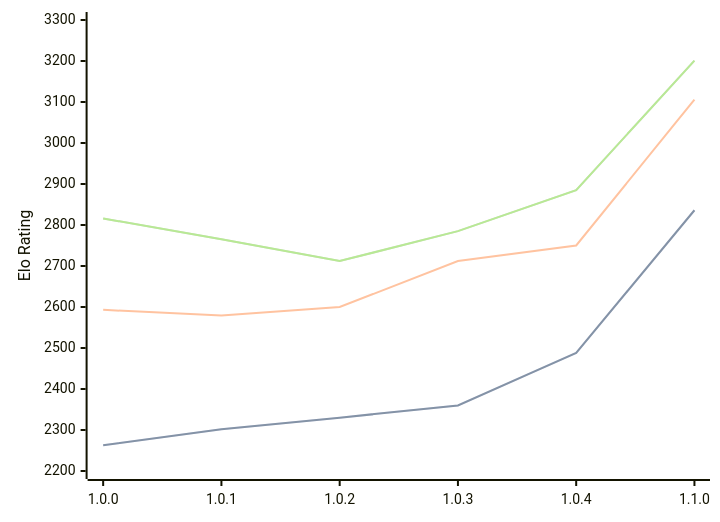
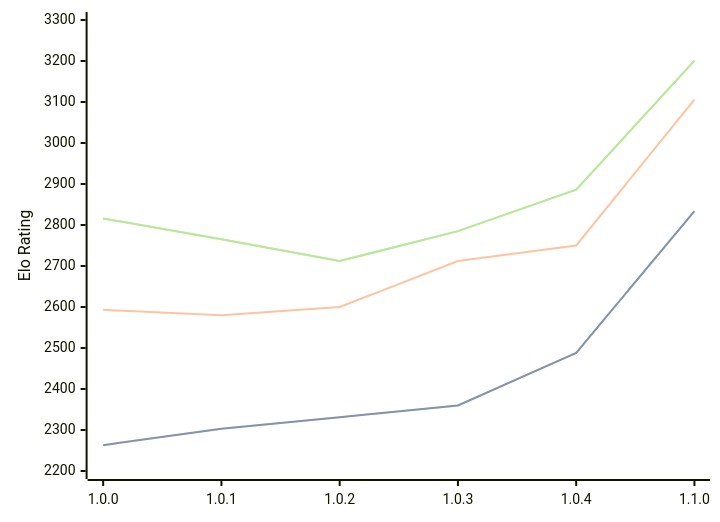
One commit to computer-chess-index/cci changed the diagram in engines/Grail.md. Above: the diagram before and after it, drawn with Mermaid. The commit also changed other lines of this file, not shown here.

Commit message:
Update CCI Ratings (ELO VLTC) - 2026-04-12

````diff
--- a/engines/Grail.md
+++ b/engines/Grail.md
@@ -36,11 +36,11 @@
 ```mermaid
 %%{init: {"theme":"base","themeVariables":{"seriesColors:['#a3a3a3','#222221','#faa371']}}}%%
 xychart-beta
   x-axis ["1.0.0", "1.0.1", "1.0.2", "1.0.3", "1.0.4", "1.1.0"]
   y-axis "Elo Rating" 2200 --> 3300
-  line "STC (8.0+0.08s)" [2263, 2302, 2330, 2360, 2488, 2836]
-  line "STC (8.0+0.08s)" [2263, 2302, 2330, 2360, 2488, 2836]
-  line "LTC (60.0+0.60s)" [2593, 2579, 2600, 2712, 2750, 3106]
-  line "VLTC (2m24s+1.12s)" [2816, 2765, 2712, 2785, 2885, 3201]
-  line "VLTC (2m24s+1.12s)" [2816, 2765, 2712, 2785, 2885, 3201]
+  line "STC (8.0+0.08s)" [2263, 2303, 2331, 2360, 2488, 2834]
+  line "STC (8.0+0.08s)" [2263, 2303, 2331, 2360, 2488, 2834]
+  line "LTC (60.0+0.60s)" [2593, 2580, 2600, 2712, 2750, 3106]
+  line "VLTC (2m24s+1.12s)" [2816, 2765, 2712, 2785, 2886, 3201]
+  line "VLTC (2m24s+1.12s)" [2816, 2765, 2712, 2785, 2886, 3201]
 ```
````
